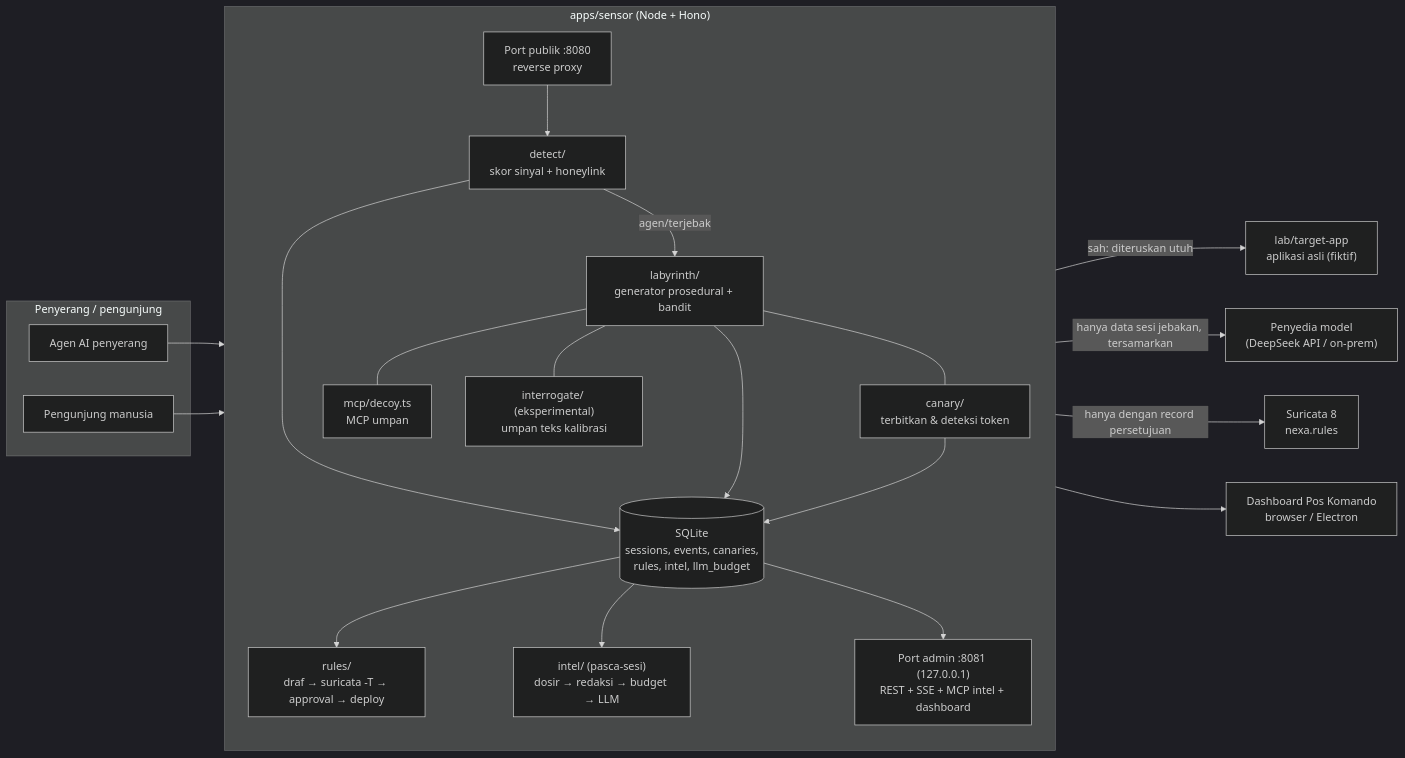
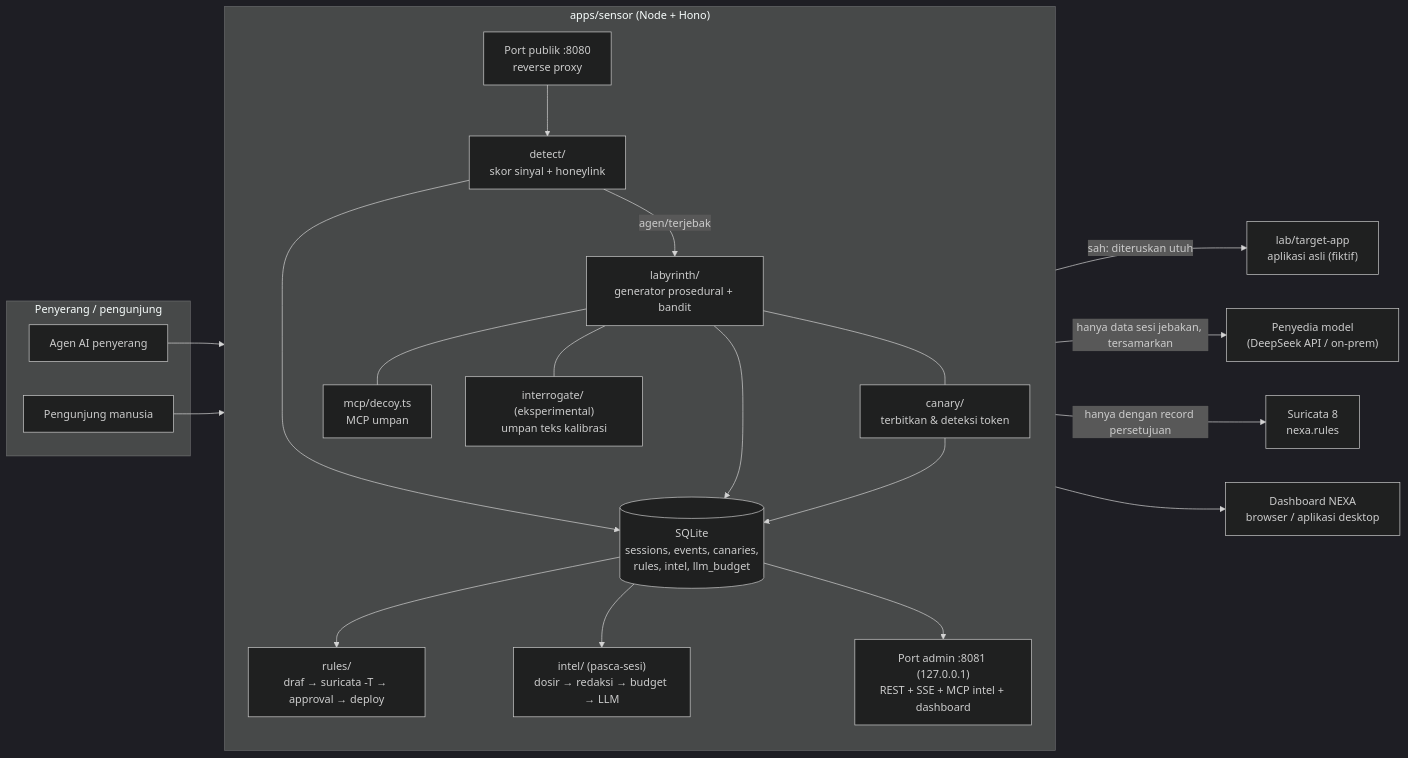
The first of 2 diagrams in docs/architecture.md (Rafiqalha/nexa), drawn with Mermaid (dark theme) before and after one commit. The commit also changed 46 other files, not shown here.

````diff
--- a/docs/architecture.md
+++ b/docs/architecture.md
@@ -9,44 +9,44 @@
 ```mermaid
 flowchart LR
   subgraph Internet["Penyerang / pengunjung"]
     A["Agen AI penyerang"]
     H["Pengunjung manusia"]
   end
 
   subgraph Sensor["apps/sensor (Node + Hono)"]
     direction TB
     P["Port publik :8080<br/>reverse proxy"]
     D["detect/<br/>skor sinyal + honeylink"]
     L["labyrinth/<br/>generator prosedural + bandit"]
     C["canary/<br/>terbitkan & deteksi token"]
     M["mcp/decoy.ts<br/>MCP umpan"]
     I["interrogate/ (eksperimental)<br/>umpan teks kalibrasi"]
     DB[("SQLite<br/>sessions, events, canaries,<br/>rules, intel, llm_budget")]
     R["rules/<br/>draf → suricata -T → approval → deploy"]
     Q["intel/ (pasca-sesi)<br/>dosir → redaksi → budget → LLM"]
     ADM["Port admin :8081 (127.0.0.1)<br/>REST + SSE + MCP intel + dashboard"]
   end
 
   T["lab/target-app<br/>aplikasi asli (fiktif)"]
   S["Suricata 8<br/>nexa.rules"]
   LLM["Penyedia model<br/>(DeepSeek API / on-prem)"]
-  UI["Dashboard Pos Komando<br/>browser / Electron"]
+  UI["Dashboard NEXA<br/>browser / aplikasi desktop"]
 
   A --> P
   H --> P
   P --> D
   D -- "sah: diteruskan utuh" --> T
   D -- "agen/terjebak" --> L
   L --- C
   L --- M
   L --- I
   D --> DB
   L --> DB
   C --> DB
   DB --> R
   DB --> Q
   Q -- "hanya data sesi jebakan, tersamarkan" --> LLM
   R -- "hanya dengan record persetujuan" --> S
   ADM --> UI
   DB --> ADM
 ```
````
